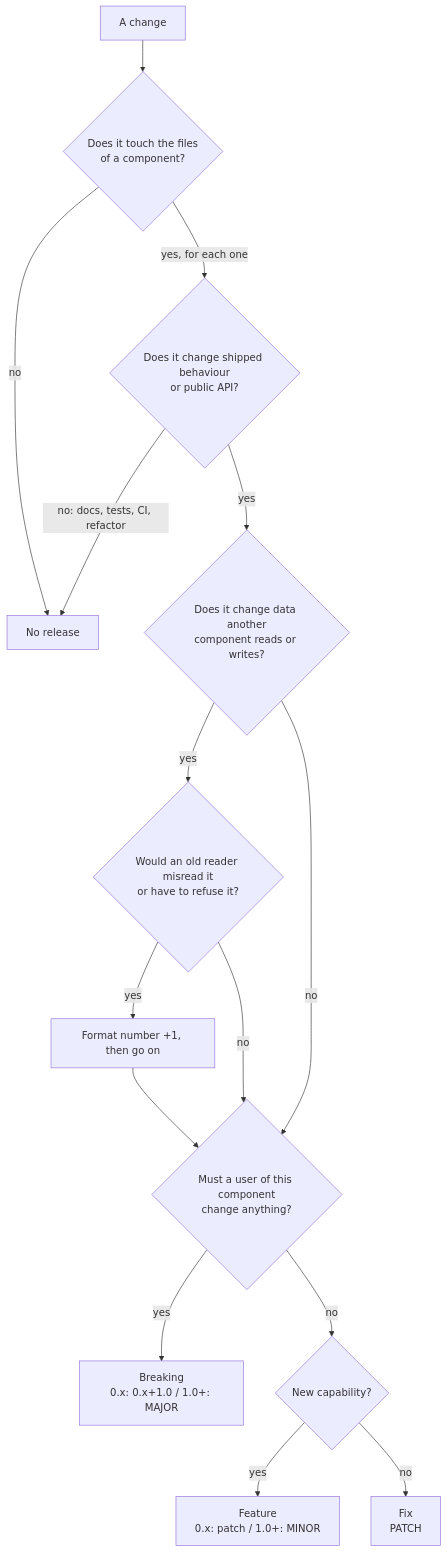
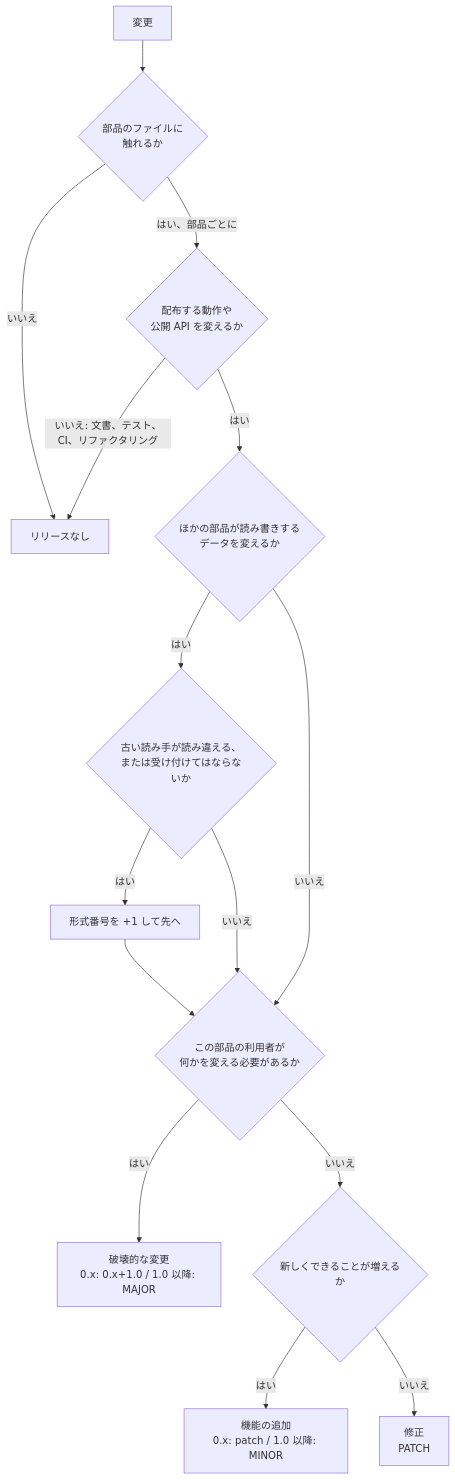
Before and after one commit to c-ardinal/DAGON-Boot: the diagram in site/src/content/docs/explanation/versioning.md, drawn with Mermaid. The commit also changed other lines of this file and 24 other files, not shown here.

First line of the commit message:
docs: translate the format, API and definition pages into Japanese

````diff
--- a/site/src/content/docs/explanation/versioning.md
+++ b/site/src/content/docs/explanation/versioning.md
@@ -153,17 +100,17 @@
 ```mermaid
 flowchart TD
-    A[A change] --> B{Does it touch the files<br/>of a component?}
-    B -- no --> N[No release]
-    B -- yes, for each one --> C{Does it change shipped behaviour<br/>or public API?}
-    C -- no: docs, tests, CI, refactor --> N
-    C -- yes --> F{Does it change data another<br/>component reads or writes?}
-    F -- yes --> G{Would an old reader misread it<br/>or have to refuse it?}
-    G -- yes --> H[Format number +1, then go on]
-    G -- no --> D
-    F -- no --> D
-    H --> D{Must a user of this component<br/>change anything?}
-    D -- yes --> BR[Breaking<br/>0.x: 0.x+1.0 / 1.0+: MAJOR]
-    D -- no --> E{New capability?}
-    E -- yes --> FE[Feature<br/>0.x: patch / 1.0+: MINOR]
-    E -- no --> FX[Fix<br/>PATCH]
+    A[変更] --> B{部品のファイルに<br/>触れるか}
+    B -- いいえ --> N[リリースなし]
+    B -- はい、部品ごとに --> C{配布する動作や<br/>公開 API を変えるか}
+    C -- いいえ: 文書、テスト、CI、リファクタリング --> N
+    C -- はい --> F{ほかの部品が読み書きする<br/>データを変えるか}
+    F -- はい --> G{古い読み手が読み違える、<br/>または受け付けてはならないか}
+    G -- はい --> H[形式番号を +1 して先へ]
+    G -- いいえ --> D
+    F -- いいえ --> D
+    H --> D{この部品の利用者が<br/>何かを変える必要があるか}
+    D -- はい --> BR[破壊的な変更<br/>0.x: 0.x+1.0 / 1.0 以降: MAJOR]
+    D -- いいえ --> E{新しくできることが増えるか}
+    E -- はい --> FE[機能の追加<br/>0.x: patch / 1.0 以降: MINOR]
+    E -- いいえ --> FX[修正<br/>PATCH]
 ```
````
